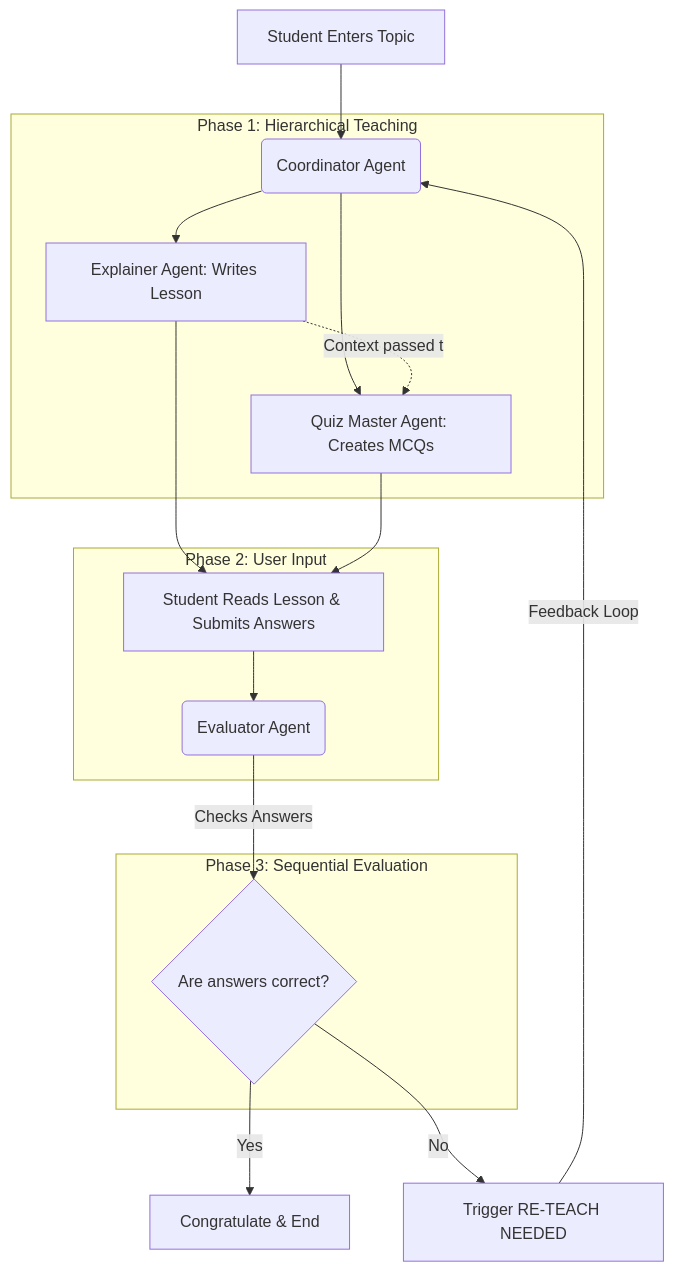
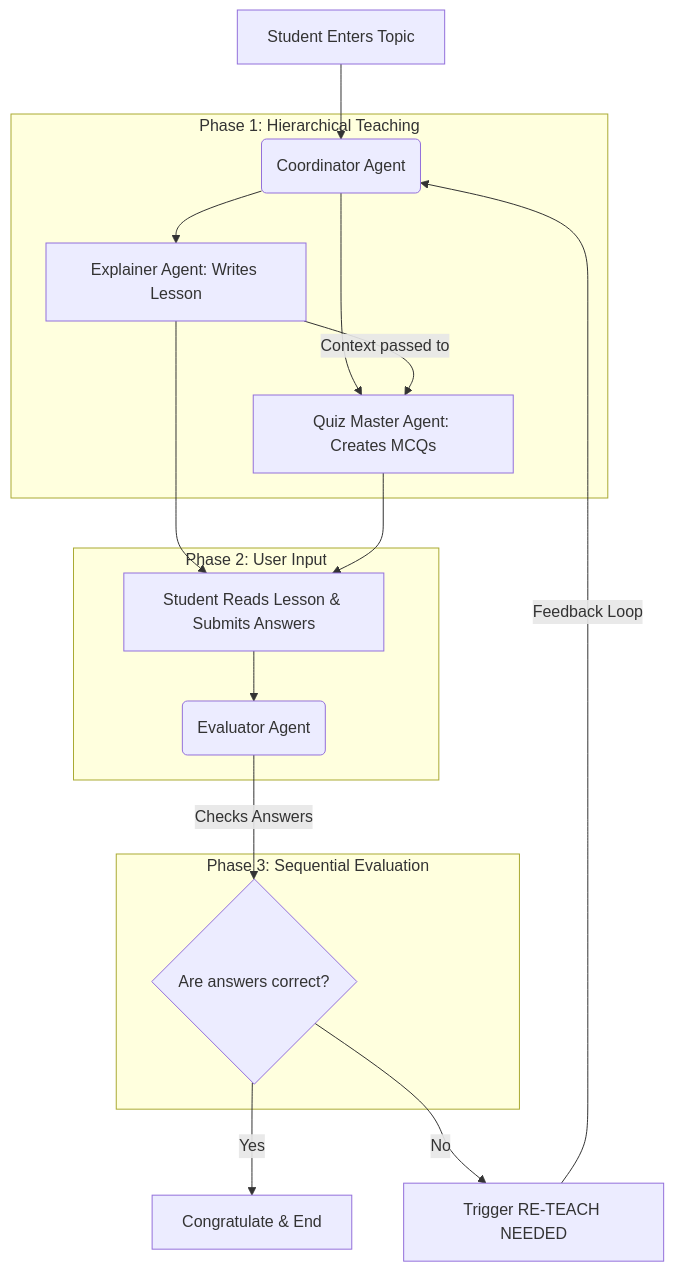
The diagram in README.md (soumit02/Leo-Multi-Agent-Educator), drawn with Mermaid before and after one commit.

Commit message:
change in readme file

````diff
--- a/README.md
+++ b/README.md
@@ -48,26 +48,26 @@
 ```mermaid
 graph TD
     A[Student Enters Topic] --> B(Coordinator Agent)
     
     subgraph Phase 1: Hierarchical Teaching
     B --> C[Explainer Agent: Writes Lesson]
     B --> D[Quiz Master Agent: Creates MCQs]
-    C -.Context passed to.-> D
+    C -->|Context passed to | D
     end
     
     C --> E((Human-in-the-Loop))
     D --> E
     
     subgraph Phase 2: User Input
     E[Student Reads Lesson & Submits Answers] --> F
     end
     
     subgraph Phase 3: Sequential Evaluation
     F(Evaluator Agent)
     F -->|Checks Answers| G{Are answers correct?}
     end
     
     G -->|Yes| H[Congratulate & End]
     G -->|No| I[Trigger RE-TEACH NEEDED]
     I -->|Feedback Loop| B
 ```
````
